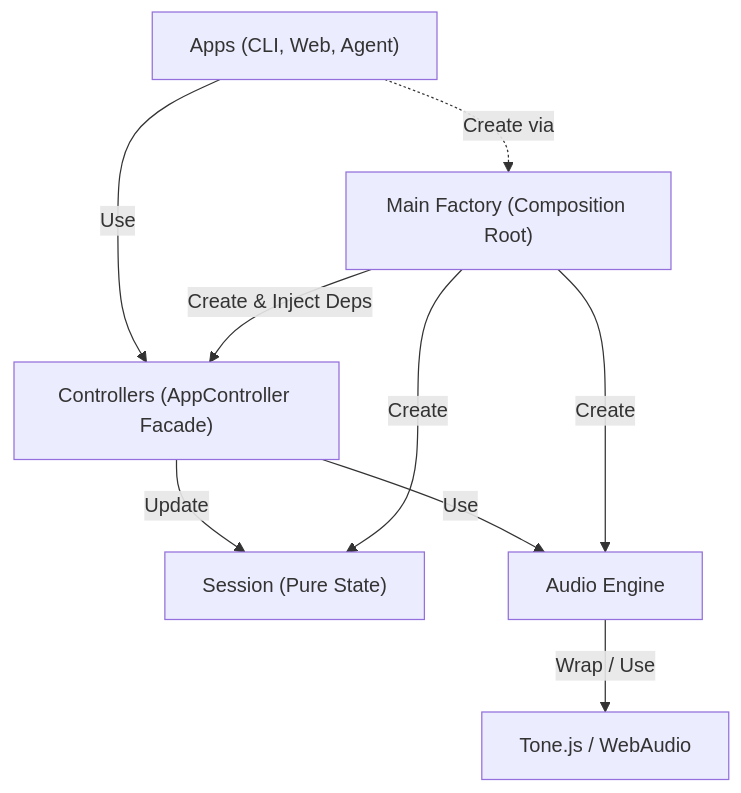
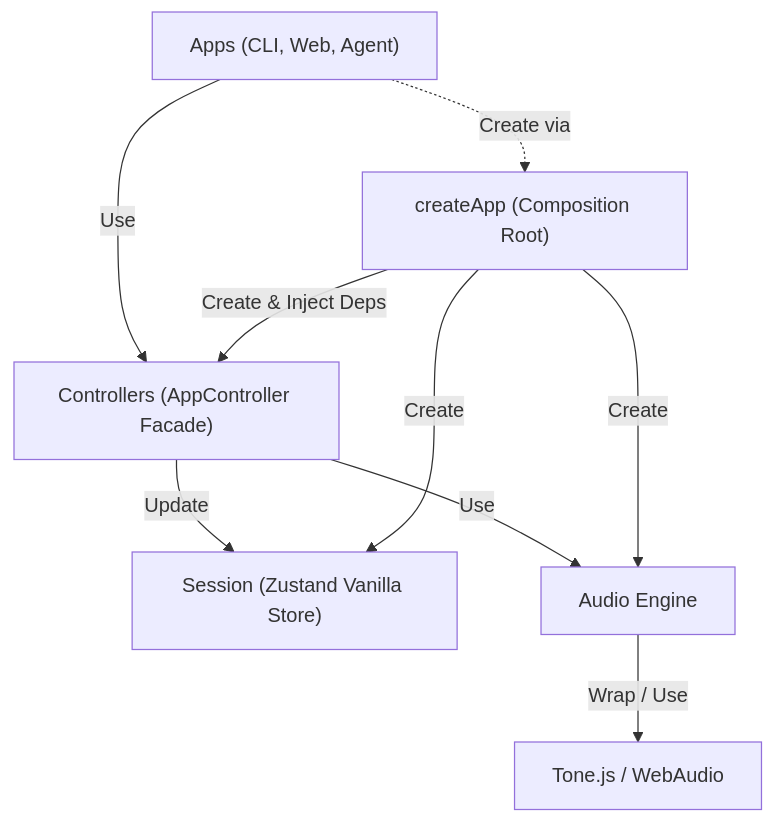
One commit to whizzkid1452/drop-ai changed the diagram in src/layers/discipline.md. Above: the diagram before and after it, drawn with Mermaid. The commit also changed other lines of this file and 4 other files, not shown here.

````diff
--- a/src/layers/discipline.md
+++ b/src/layers/discipline.md
@@ -9,21 +9,21 @@
 ```mermaid
 graph TD
     Apps["Apps (CLI, Web, Agent)"]
     Controllers["Controllers (AppController Facade)"]
-    Session["Session (Pure State)"]
+    Session["Session (Zustand Vanilla Store)"]
     AudioEngine["Audio Engine"]
     ToneJS["Tone.js / WebAudio"]
-    MainFactory["Main Factory (Composition Root)"]
+    CreateApp["createApp (Composition Root)"]
 
     Apps -->|Use| Controllers
-    Apps -.->|Create via| MainFactory
-    
+    Apps -.->|Create via| CreateApp
+
     Controllers -->|Use| AudioEngine
     Controllers -->|Update| Session
-    
+
     AudioEngine -->|Wrap / Use| ToneJS
-    
-    MainFactory -->|Create| AudioEngine
-    MainFactory -->|Create| Session
-    MainFactory -->|Create & Inject Deps| Controllers
+
+    CreateApp -->|Create| AudioEngine
+    CreateApp -->|Create| Session
+    CreateApp -->|Create & Inject Deps| Controllers
 ```
````
